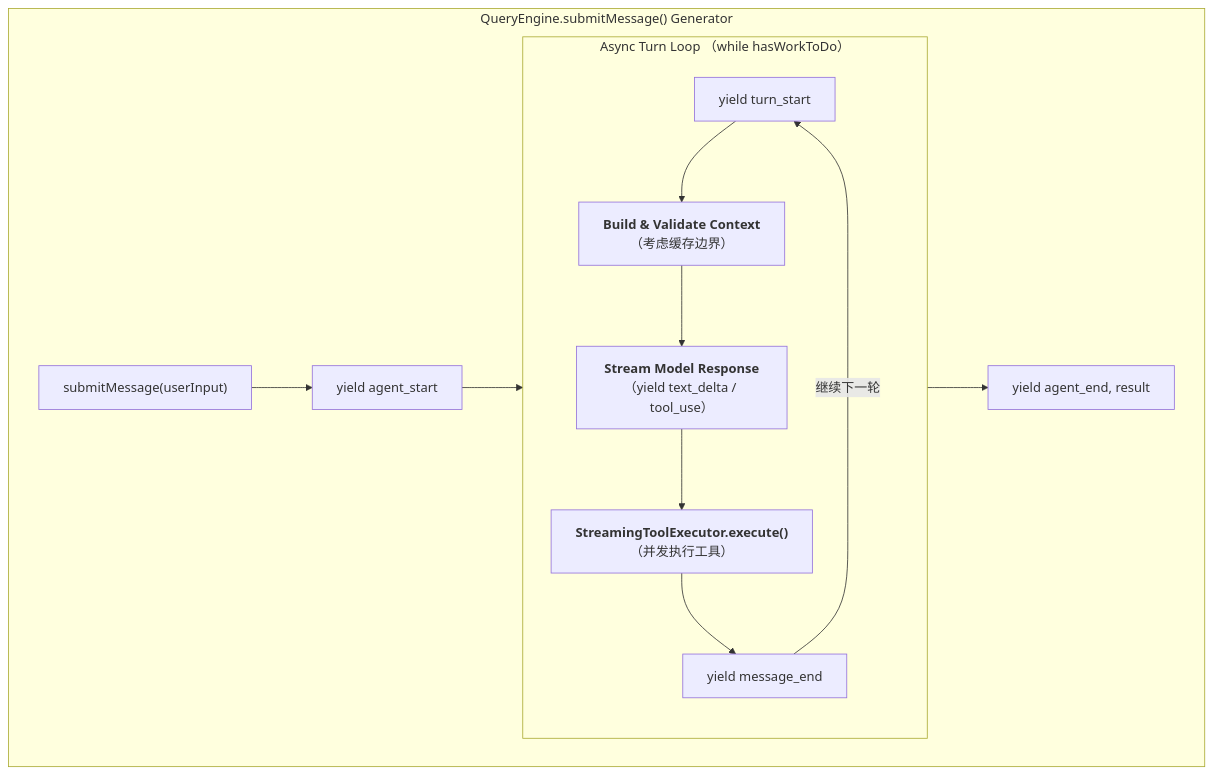
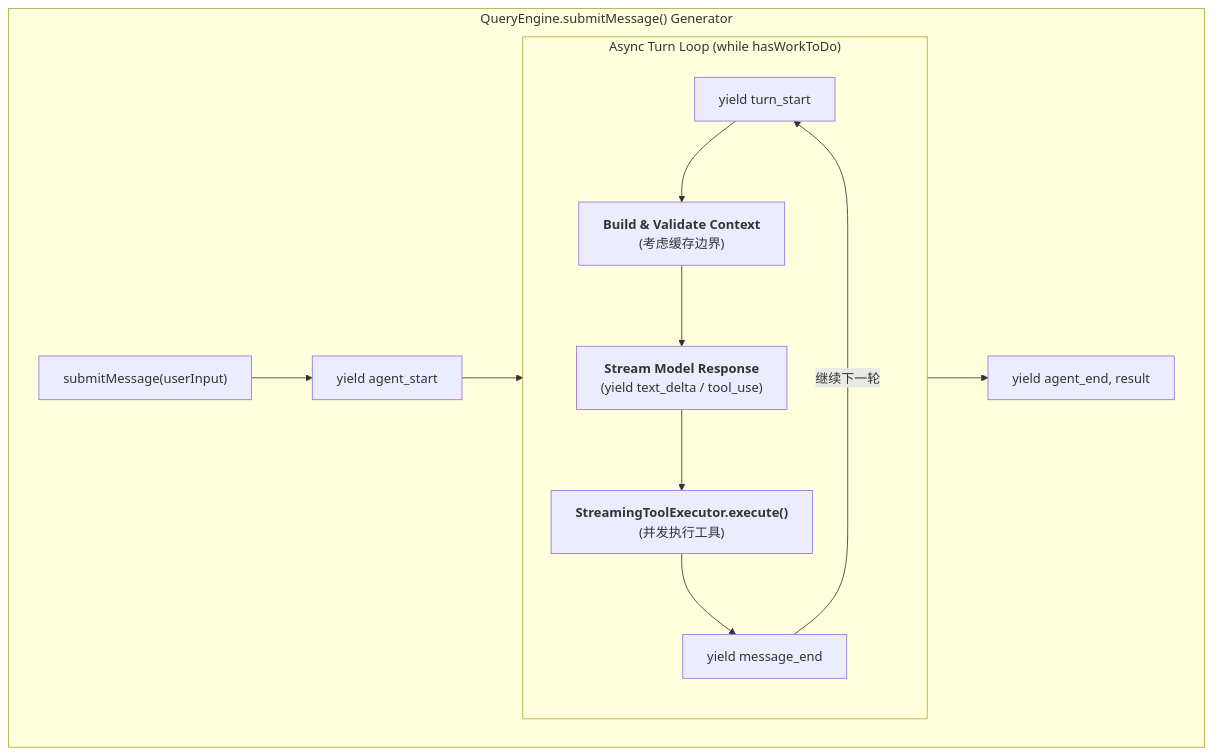
The second of 3 diagrams in 04_runtime/4.1_agent_loop.md (yeasy/harness_engineering_guide), drawn with Mermaid before and after one commit. The commit also changed other lines of this file and 58 other files, not shown here.

````diff
--- a/04_runtime/4.1_agent_loop.md
+++ b/04_runtime/4.1_agent_loop.md
@@ -49,17 +49,17 @@
 ```mermaid
 flowchart TD
     subgraph Generator["QueryEngine.submitMessage() Generator"]
         A["submitMessage(userInput)"] --> B["yield agent_start"]
         B --> C
 
-        subgraph C["Async Turn Loop （while hasWorkToDo）"]
-            D["yield turn_start"] --> E["<b>Build & Validate Context</b><br/>（考虑缓存边界）"]
-            E --> F["<b>Stream Model Response</b><br/>（yield text_delta / tool_use）"]
-            F --> G["<b>StreamingToolExecutor.execute()</b><br/>（并发执行工具）"]
+        subgraph C["Async Turn Loop (while hasWorkToDo)"]
+            D["yield turn_start"] --> E["<b>Build & Validate Context</b><br/>(考虑缓存边界)"]
+            E --> F["<b>Stream Model Response</b><br/>(yield text_delta / tool_use)"]
+            F --> G["<b>StreamingToolExecutor.execute()</b><br/>(并发执行工具)"]
             G --> H["yield message_end"]
             H -->|"继续下一轮"| D
         end
 
         C --> I["yield agent_end, result"]
     end
 ```
````
